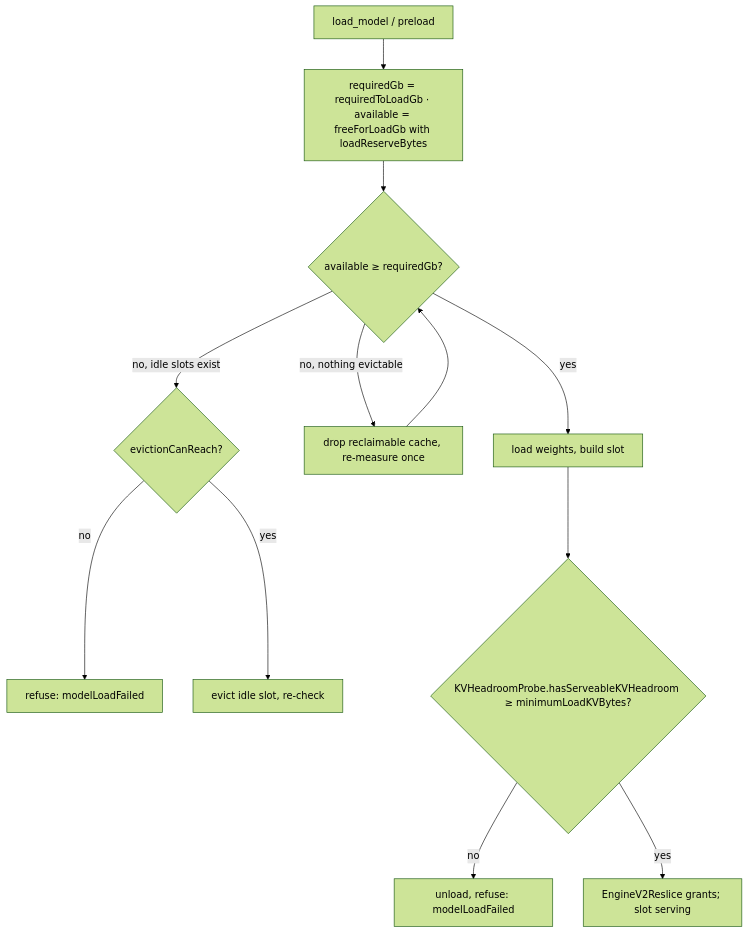
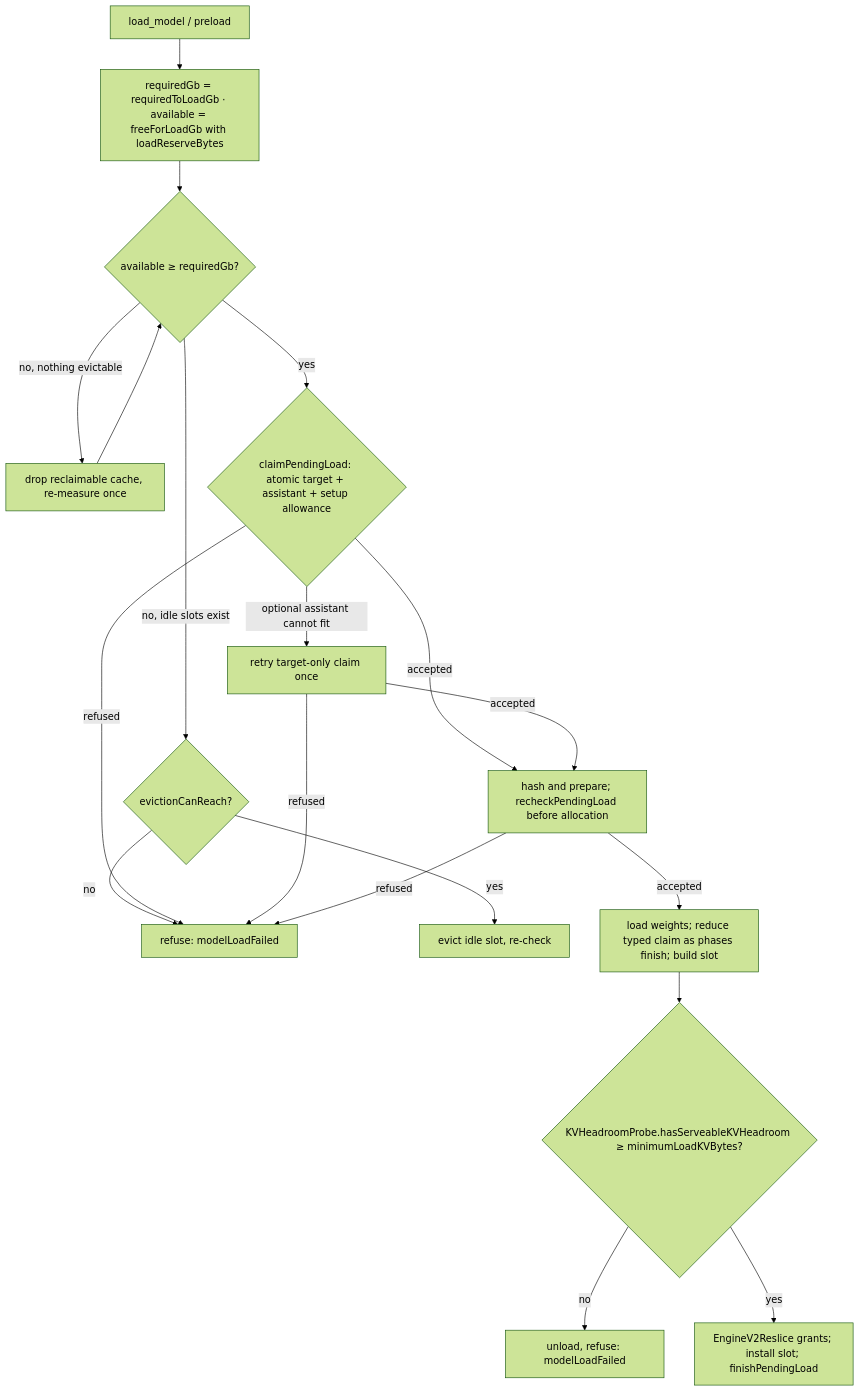
One commit to Layr-Labs/d-inference changed the diagram in docs/architecture/hardware-support.md. Above: the diagram before and after it, drawn with Mermaid (forest theme). The commit also changed other lines of this file and 1502 other files, not shown here.

````diff
--- a/docs/architecture/hardware-support.md
+++ b/docs/architecture/hardware-support.md
@@ -136,14 +136,21 @@
 ```mermaid
 flowchart TD
     A[load_model / preload] --> B[requiredGb = requiredToLoadGb · available = freeForLoadGb with loadReserveBytes]
     B --> C{available ≥ requiredGb?}
     C -- no, idle slots exist --> D{evictionCanReach?}
     D -- no --> R1[refuse: modelLoadFailed]
     D -- yes --> E[evict idle slot, re-check]
     C -- no, nothing evictable --> F[drop reclaimable cache, re-measure once]
     F --> C
-    C -- yes --> G[load weights, build slot]
+    C -- yes --> P{claimPendingLoad: atomic target + assistant + setup allowance}
+    P -- optional assistant cannot fit --> T[retry target-only claim once]
+    P -- accepted --> Q[hash and prepare; recheckPendingLoad before allocation]
+    T -- accepted --> Q
+    P -- refused --> R1
+    T -- refused --> R1
+    Q -- refused --> R1
+    Q -- accepted --> G[load weights; reduce typed claim as phases finish; build slot]
     G --> H{KVHeadroomProbe.hasServeableKVHeadroom ≥ minimumLoadKVBytes?}
     H -- no --> R2[unload, refuse: modelLoadFailed]
-    H -- yes --> I[EngineV2Reslice grants; slot serving]
+    H -- yes --> I[EngineV2Reslice grants; install slot; finishPendingLoad]
 ```
````
